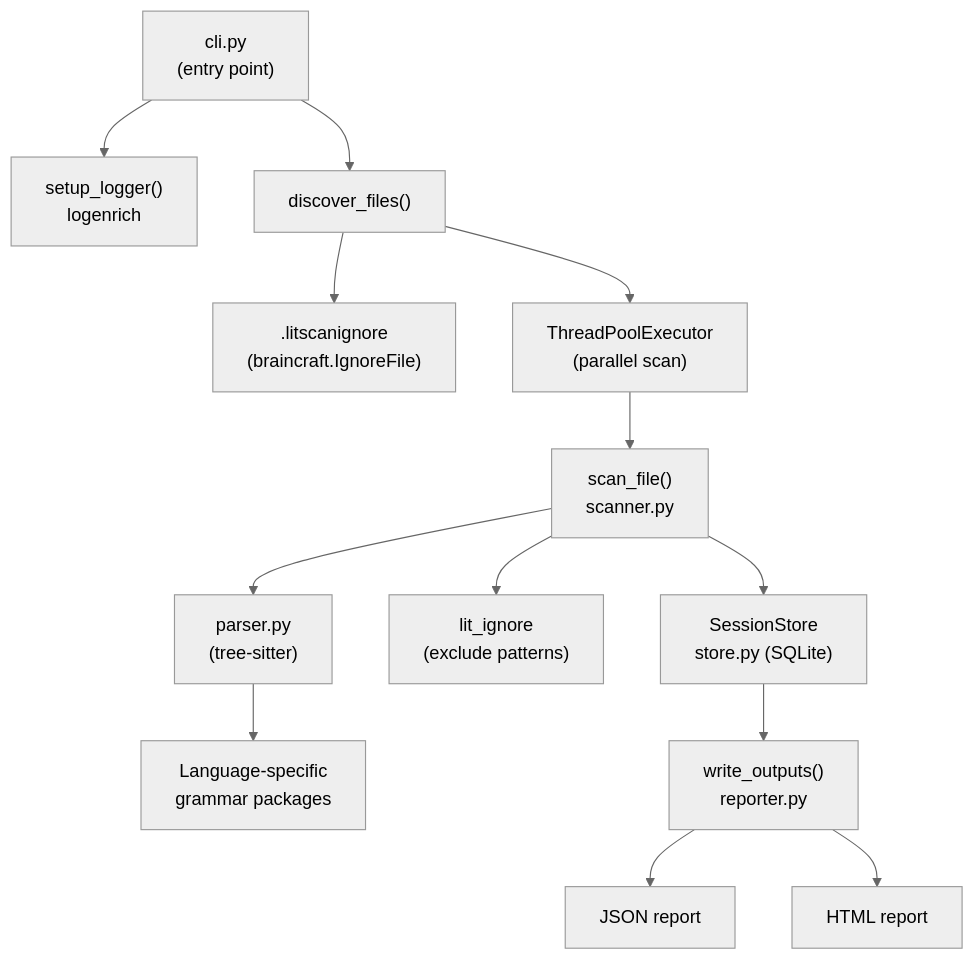
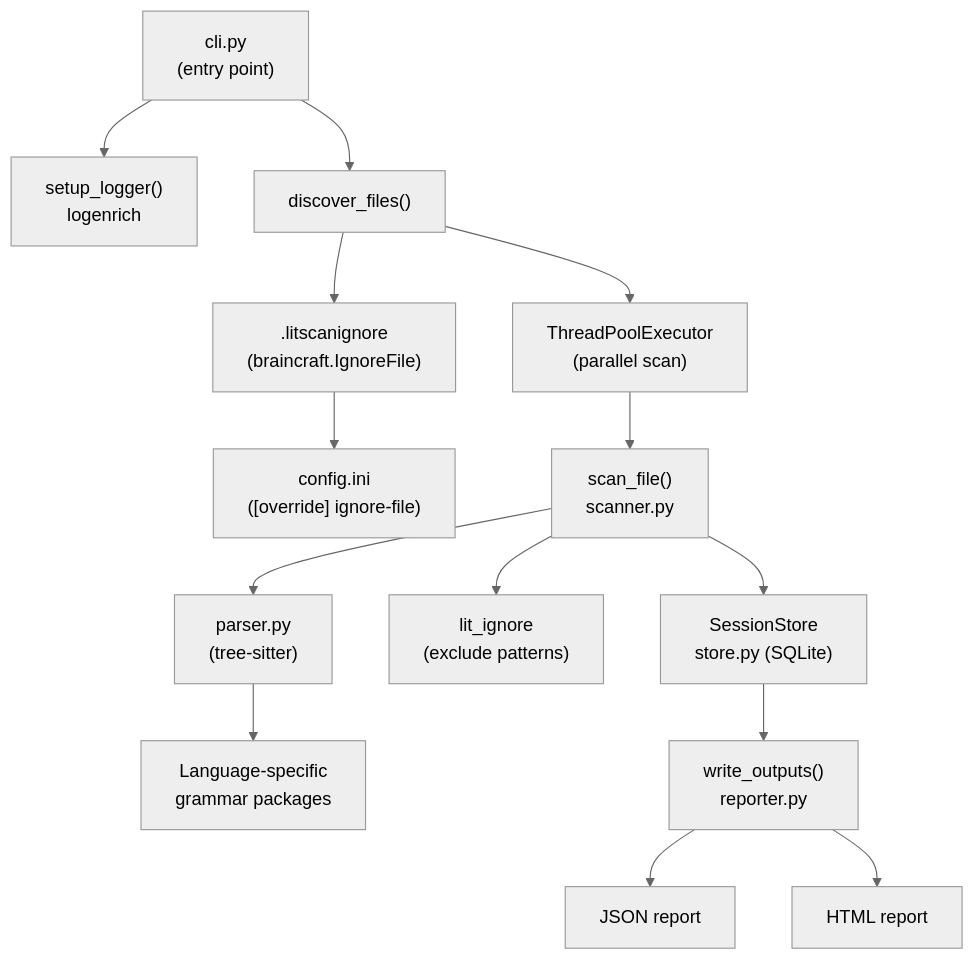
The diagram in README.md (rcw3bb/litscan), drawn with Mermaid (neutral theme) before and after one commit. The commit also changed other lines of this file and 10 other files, not shown here.

Commit message:
feat: add config.ini support for user-defined ignore file, implement --target-list CLI flag, and update documentation (#15)

````diff
--- a/README.md
+++ b/README.md
@@ -148,15 +166,16 @@
 ```mermaid
 flowchart TD
     CLI["cli.py\n(entry point)"] --> logenrich["setup_logger()\nlogenrich"]
     CLI --> discover["discover_files()"]
     discover --> pathignore[".litscanignore\n(braincraft.IgnoreFile)"]
+    pathignore --> config["config.ini\n([override] ignore-file)"]
     discover --> concurrent["ThreadPoolExecutor\n(parallel scan)"]
     concurrent --> scan["scan_file()\nscanner.py"]
     scan --> parser["parser.py\n(tree-sitter)"]
     parser --> ts["Language-specific\ngrammar packages"]
     scan --> litignore["lit_ignore\n(exclude patterns)"]
     scan --> store["SessionStore\nstore.py (SQLite)"]
     store --> report["write_outputs()\nreporter.py"]
     report --> JSON["JSON report"]
     report --> HTML["HTML report"]
 ```
````
